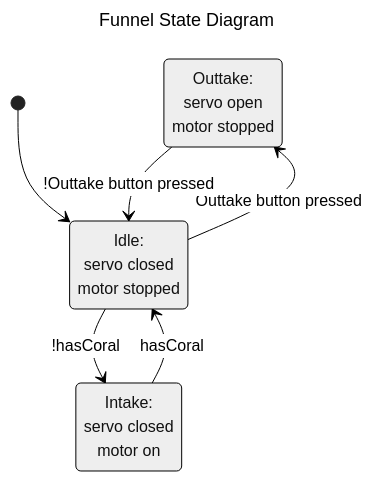
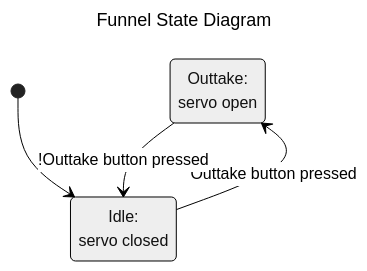
The diagram in doc/FunnelFSM.md (Tino-FRC-2473/FRC2025), drawn with Mermaid (neutral theme) before and after one commit. The commit also changed 2 other files, not shown here.

Commit message:
Remove intake motor from funnel

````diff
--- a/doc/FunnelFSM.md
+++ b/doc/FunnelFSM.md
@@ -3,16 +3,12 @@
 ```mermaid
 ---
 title: Funnel State Diagram
 ---
 stateDiagram-v2
-  state "Outtake: <p> servo open <p> motor stopped" as OUTTAKE
-  state "Idle: <p> servo closed <p> motor stopped" as IDLE
-  state "Intake: <p> servo closed <p> motor on" as INTAKE
+  state "Outtake: <p> servo open" as OUTTAKE
+  state "Idle: <p> servo closed" as IDLE
 
   [*] --> IDLE
-  IDLE --> INTAKE: !hasCoral
-  INTAKE --> IDLE: hasCoral
-  
   IDLE --> OUTTAKE: Outtake button pressed
   OUTTAKE --> IDLE: !Outtake button pressed
 ```
````
